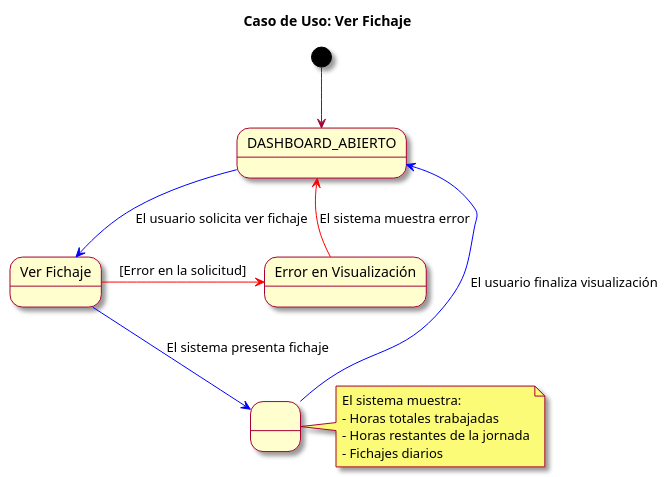
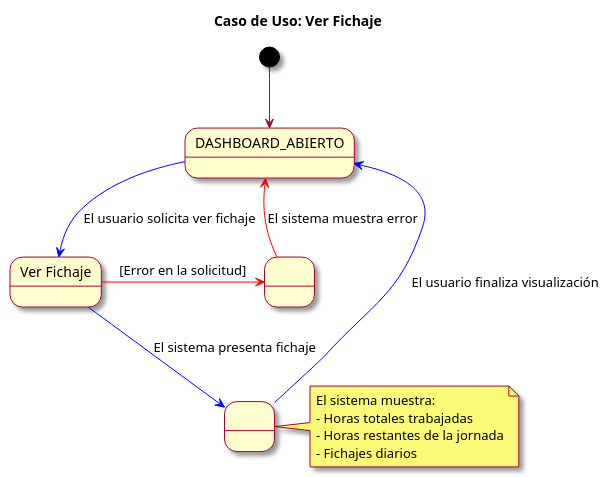
Before and after one commit to mmasias/23-24-IdSw1-SDR: the diagram in modelosUML/casosDeUso/detalles/verFichajeV2.puml, drawn with PlantUML.

```diff
--- a/modelosUML/casosDeUso/detalles/verFichajeV2.puml
+++ b/modelosUML/casosDeUso/detalles/verFichajeV2.puml
@@ -1,24 +1,24 @@
 @startuml
 skin rose
 title Caso de Uso: Ver Fichaje
 
 state DASHBOARD_ABIERTO as "DASHBOARD_ABIERTO"
 state VerFichaje as "Ver Fichaje"
 state MostrarFichaje as " "
-state ErrorVisualizacion as "Error en Visualización"
+state ErrorVisualizacion as " "
 
 [*] -d-> DASHBOARD_ABIERTO
 DASHBOARD_ABIERTO -d[#blue]-> VerFichaje : El usuario solicita ver fichaje
 VerFichaje -d[#blue]-> MostrarFichaje : El sistema presenta fichaje
 MostrarFichaje -d[#blue]-> DASHBOARD_ABIERTO : El usuario finaliza visualización
 VerFichaje -r[#red]-> ErrorVisualizacion : [Error en la solicitud]
 ErrorVisualizacion -u[#red]-> DASHBOARD_ABIERTO : El sistema muestra error
 
 note right of MostrarFichaje
   El sistema muestra:
   - Horas totales trabajadas
   - Horas restantes de la jornada
   - Fichajes diarios
 end note
 
 @enduml
```
